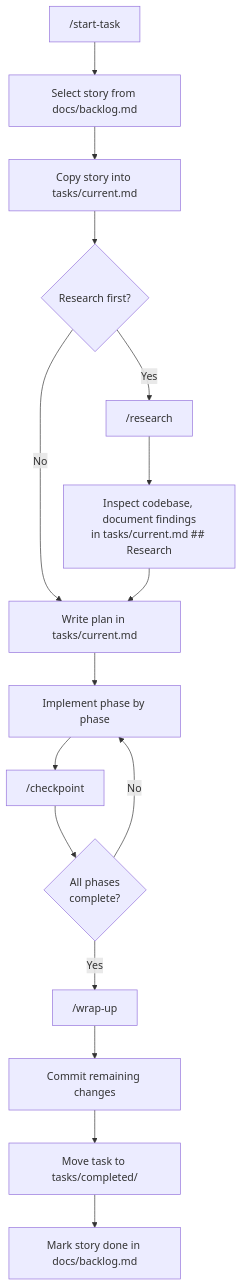
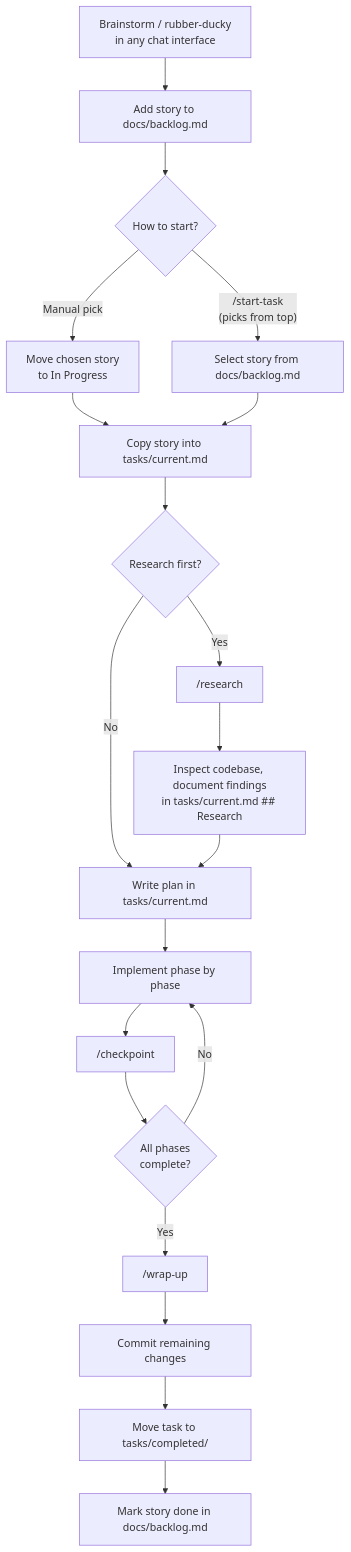
Before and after one commit to TaylorEdgerton/claude_template: the diagram in README.md, drawn with Mermaid. The commit also changed other lines of this file, not shown here.

````diff
--- a/README.md
+++ b/README.md
@@ -26,18 +50,22 @@
 ```mermaid
 flowchart TD
-    A["/start-task"] --> B["Select story from docs/backlog.md"]
+    S["Brainstorm / rubber-ducky\nin any chat interface"] --> T["Add story to docs/backlog.md"]
+    T --> U{"How to start?"}
+    U -- "/start-task\n(picks from top)" --> B["Select story from docs/backlog.md"]
+    U -- "Manual pick" --> V["Move chosen story\nto In Progress"]
+    V --> C
     B --> C["Copy story into tasks/current.md"]
     C --> D{Research first?}
     D -- Yes --> E["/research"]
     D -- No --> F["Write plan in tasks/current.md"]
     E --> G["Inspect codebase, document findings\nin tasks/current.md ## Research"]
     G --> F
     F --> H["Implement phase by phase"]
     H --> I["/checkpoint"]
     I --> J{"All phases\ncomplete?"}
     J -- No --> H
     J -- Yes --> K["/wrap-up"]
     K --> L["Commit remaining changes"]
     L --> M["Move task to tasks/completed/"]
     M --> N["Mark story done in docs/backlog.md"]
 ```
````
